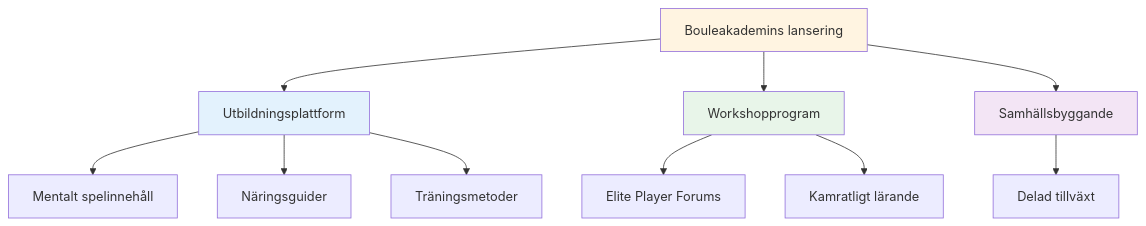
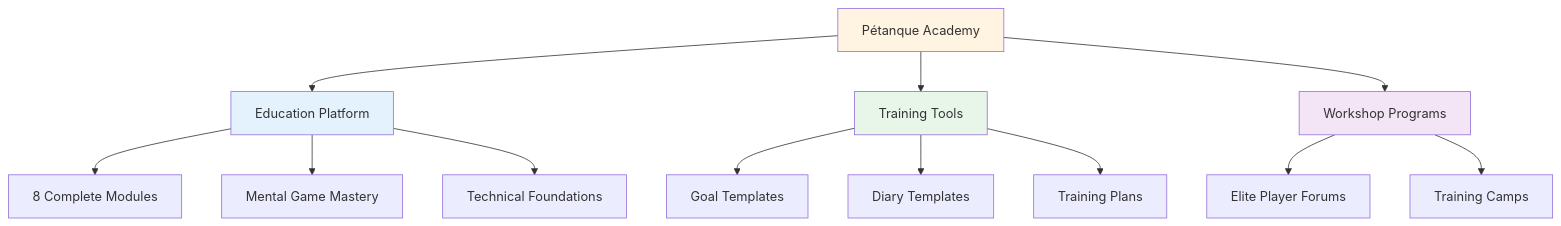
Before and after one commit to patwii/petanque-academy: the first of 2 diagrams in docs/sv/news/index.md, drawn with Mermaid. The commit also changed other lines of this file and 10 other files, not shown here.

````diff
--- a/docs/sv/news/index.md
+++ b/docs/sv/news/index.md
@@ -13,20 +13,22 @@
 ```mermaid
 graph TD
-    A[Bouleakademins lansering] --> B[Utbildningsplattform]
-    A --> C[Workshopprogram]
-    A --> D[Samhällsbyggande]
+    A[Pétanque Academy] --> B[Education Platform]
+    A --> C[Training Tools]
+    A --> D[Workshop Programs]
 
-    B --> E[Mentalt spelinnehåll]
-    B --> F[Näringsguider]
-    B --> G[Träningsmetoder]
+    B --> E[8 Complete Modules]
+    B --> F[Mental Game Mastery]
+    B --> G[Technical Foundations]
 
-    C --> H[Elite Player Forums]
-    C --> I[Kamratligt lärande]
+    C --> H[Goal Templates]
+    C --> I[Diary Templates]
+    C --> J[Training Plans]
 
-    D --> J[Delad tillväxt]
+    D --> K[Elite Player Forums]
+    D --> L[Training Camps]
 
     style A fill:#fff4e1
     style B fill:#e3f2fd
     style C fill:#e8f5e9
     style D fill:#f3e5f5
 ```
````
